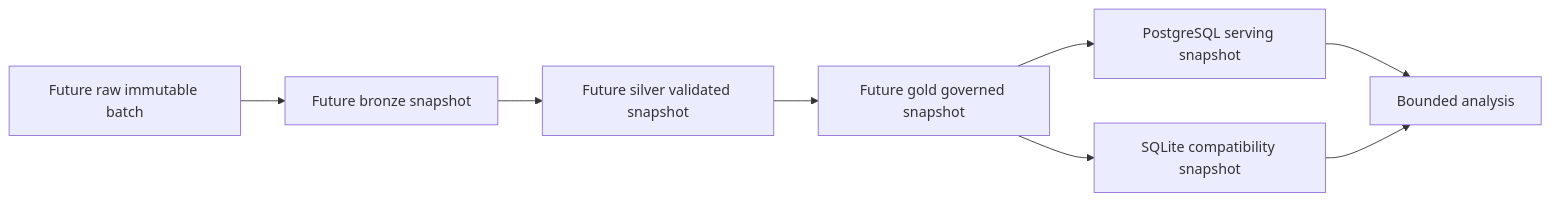
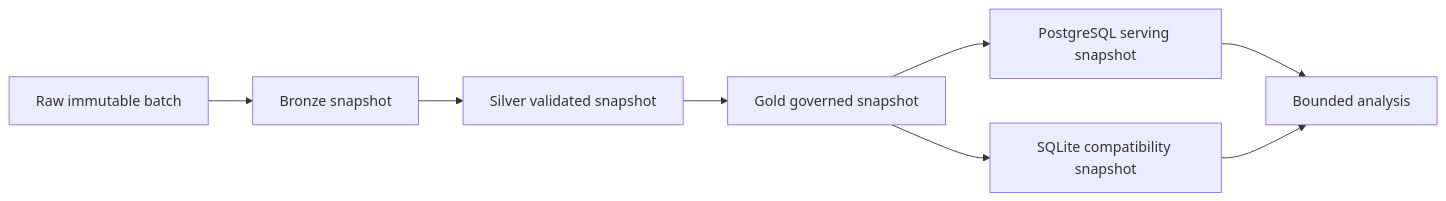
Before and after one commit to vdeeplearning/agentic_healthcare_data_platform: diagram 17 of 49 in README.md, drawn with Mermaid. The commit also changed other lines of this file, not shown here.

Commit message:
Align README with Spark and Airflow architecture

````diff
--- a/README.md
+++ b/README.md
@@ -1103,10 +1103,10 @@
 ```mermaid
 flowchart LR
- RAW["Future raw immutable batch"] --> BR["Future bronze snapshot"]
- BR --> SI["Future silver validated snapshot"]
- SI --> GO["Future gold governed snapshot"]
+ RAW["Raw immutable batch"] --> BR["Bronze snapshot"]
+ BR --> SI["Silver validated snapshot"]
+ SI --> GO["Gold governed snapshot"]
  GO --> PG["PostgreSQL serving snapshot"]
  GO --> SQ["SQLite compatibility snapshot"]
  PG --> AN["Bounded analysis"]
  SQ --> AN
 ```
````
